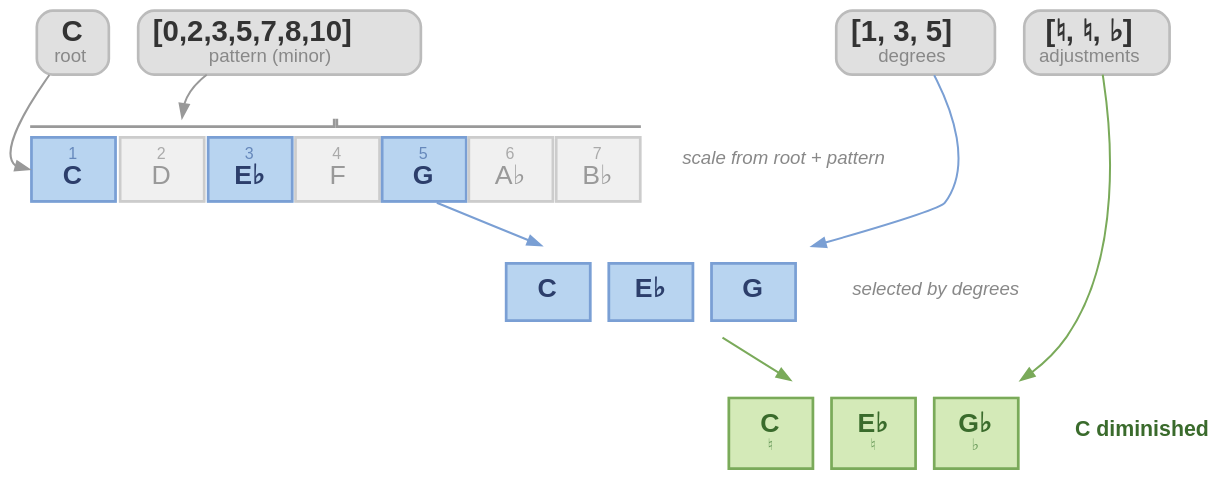
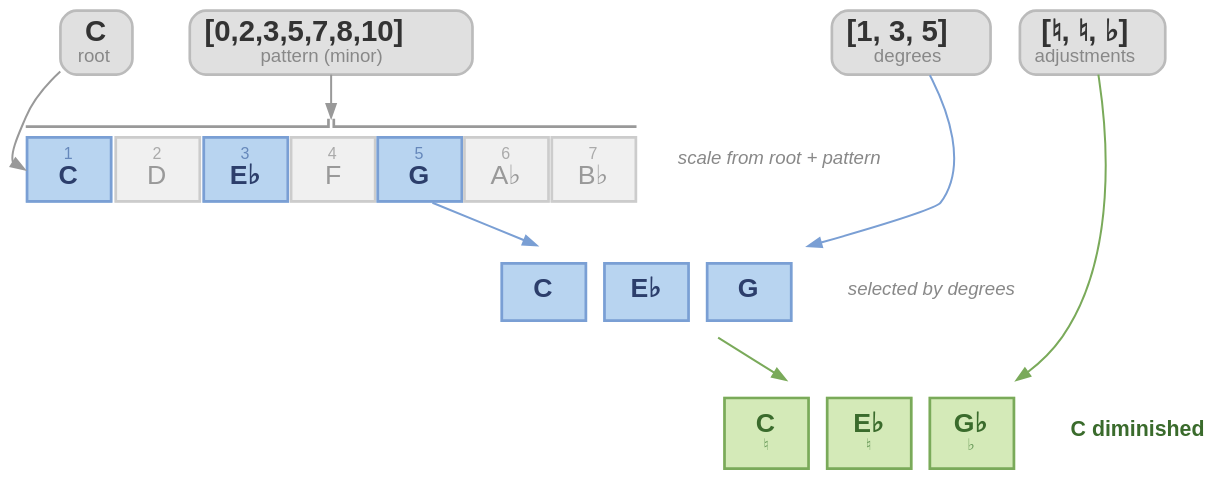
The diagram in chord_formation.dot (vasilescur/jazz-engine), drawn with Graphviz before and after one commit. The commit also changed 3 other files, not shown here.

```diff
--- a/chord_formation.dot
+++ b/chord_formation.dot
@@ -1,134 +1,135 @@
 digraph chord_formation {
     rankdir=TB
     bgcolor="transparent"
     pad=0.4
     nodesep=0.3
     ranksep=0.45
 
     node [fontname="Helvetica"]
     edge [fontname="Helvetica"]
 
     // --- Row 1: Input fields ---
     root [
         label=<<FONT POINT-SIZE="22" COLOR="#333333"><B>C</B></FONT><BR/><FONT POINT-SIZE="14" COLOR="#888888">root</FONT>>
         shape=box style="filled,rounded"
         fillcolor="#e0e0e0" color="#bbbbbb"
         penwidth=2 margin="0.15,0.08"
     ]
 
     pattern [
         label=<<FONT POINT-SIZE="22" COLOR="#333333"><B>[0,2,3,5,7,8,10]</B></FONT><BR/><FONT POINT-SIZE="14" COLOR="#888888">pattern (minor)</FONT>>
         shape=box style="filled,rounded"
         fillcolor="#e0e0e0" color="#bbbbbb"
         penwidth=2 margin="0.15,0.08"
     ]
 
     degrees [
         label=<<FONT POINT-SIZE="22" COLOR="#333333"><B>[1, 3, 5]</B></FONT><BR/><FONT POINT-SIZE="14" COLOR="#888888">degrees</FONT>>
         shape=box style="filled,rounded"
         fillcolor="#e0e0e0" color="#bbbbbb"
         penwidth=2 margin="0.15,0.08"
     ]
 
     adjustments [
         label=<<FONT POINT-SIZE="22" COLOR="#333333"><B>[♮, ♮, ♭]</B></FONT><BR/><FONT POINT-SIZE="14" COLOR="#888888">adjustments</FONT>>
         shape=box style="filled,rounded"
         fillcolor="#e0e0e0" color="#bbbbbb"
         penwidth=2 margin="0.15,0.08"
     ]
 
     // Force left-to-right ordering in top row
     { rank=same; root -> pattern -> degrees -> adjustments [style=invis]; }
 
     // --- Row 2: Generated scale with brace above ---
     scale [
         shape=none margin=0
         label=<
         <TABLE BORDER="0" CELLBORDER="0" CELLSPACING="0" CELLPADDING="0">
         <TR>
             <TD COLSPAN="7">
                 <TABLE BORDER="0" CELLBORDER="0" CELLSPACING="0" CELLPADDING="0">
                 <TR>
-                    <TD PORT="brace" WIDTH="230" HEIGHT="8" SIDES="RB" BORDER="2" COLOR="#999999"></TD>
-                    <TD WIDTH="230" HEIGHT="8" SIDES="LB" BORDER="2" COLOR="#999999"></TD>
+                    <TD WIDTH="229" HEIGHT="8" SIDES="RB" BORDER="2" COLOR="#999999"></TD>
+                    <TD PORT="brace" WIDTH="2" HEIGHT="8"></TD>
+                    <TD WIDTH="229" HEIGHT="8" SIDES="LB" BORDER="2" COLOR="#999999"></TD>
                 </TR>
                 </TABLE>
             </TD>
         </TR>
         <TR><TD COLSPAN="7" HEIGHT="6"></TD></TR>
         <TR>
             <TD PORT="c" WIDTH="65" HEIGHT="50" FIXEDSIZE="TRUE" BGCOLOR="#b8d4f0" BORDER="2" COLOR="#7a9fd4"><FONT POINT-SIZE="12" COLOR="#6688bb">1</FONT><BR/><FONT POINT-SIZE="20" COLOR="#2c3e6b"><B>C</B></FONT></TD>
             <TD WIDTH="65" HEIGHT="50" FIXEDSIZE="TRUE" BGCOLOR="#f0f0f0" BORDER="2" COLOR="#cccccc"><FONT POINT-SIZE="12" COLOR="#aaaaaa">2</FONT><BR/><FONT POINT-SIZE="20" COLOR="#999999">D</FONT></TD>
             <TD WIDTH="65" HEIGHT="50" FIXEDSIZE="TRUE" BGCOLOR="#b8d4f0" BORDER="2" COLOR="#7a9fd4"><FONT POINT-SIZE="12" COLOR="#6688bb">3</FONT><BR/><FONT POINT-SIZE="20" COLOR="#2c3e6b"><B>E♭</B></FONT></TD>
             <TD WIDTH="65" HEIGHT="50" FIXEDSIZE="TRUE" BGCOLOR="#f0f0f0" BORDER="2" COLOR="#cccccc"><FONT POINT-SIZE="12" COLOR="#aaaaaa">4</FONT><BR/><FONT POINT-SIZE="20" COLOR="#999999">F</FONT></TD>
             <TD WIDTH="65" HEIGHT="50" FIXEDSIZE="TRUE" BGCOLOR="#b8d4f0" BORDER="2" COLOR="#7a9fd4"><FONT POINT-SIZE="12" COLOR="#6688bb">5</FONT><BR/><FONT POINT-SIZE="20" COLOR="#2c3e6b"><B>G</B></FONT></TD>
             <TD WIDTH="65" HEIGHT="50" FIXEDSIZE="TRUE" BGCOLOR="#f0f0f0" BORDER="2" COLOR="#cccccc"><FONT POINT-SIZE="12" COLOR="#aaaaaa">6</FONT><BR/><FONT POINT-SIZE="20" COLOR="#999999">A♭</FONT></TD>
             <TD WIDTH="65" HEIGHT="50" FIXEDSIZE="TRUE" BGCOLOR="#f0f0f0" BORDER="2" COLOR="#cccccc"><FONT POINT-SIZE="12" COLOR="#aaaaaa">7</FONT><BR/><FONT POINT-SIZE="20" COLOR="#999999">B♭</FONT></TD>
         </TR>
         </TABLE>
         >
     ]
 
     scale_label [
         label=<<FONT POINT-SIZE="14" COLOR="#888888"><I>scale from root + pattern</I></FONT>>
         shape=plaintext
     ]
 
     // --- Row 3: Selected notes before adjustment ---
     selected [
         shape=none margin=0
         label=<
         <TABLE BORDER="0" CELLBORDER="2" CELLSPACING="12" CELLPADDING="8">
         <TR>
             <TD WIDTH="65" HEIGHT="45" FIXEDSIZE="TRUE" BGCOLOR="#b8d4f0" COLOR="#7a9fd4"><FONT POINT-SIZE="20" COLOR="#2c3e6b"><B>C</B></FONT></TD>
             <TD WIDTH="65" HEIGHT="45" FIXEDSIZE="TRUE" BGCOLOR="#b8d4f0" COLOR="#7a9fd4"><FONT POINT-SIZE="20" COLOR="#2c3e6b"><B>E♭</B></FONT></TD>
             <TD WIDTH="65" HEIGHT="45" FIXEDSIZE="TRUE" BGCOLOR="#b8d4f0" COLOR="#7a9fd4"><FONT POINT-SIZE="20" COLOR="#2c3e6b"><B>G</B></FONT></TD>
         </TR>
         </TABLE>
         >
     ]
 
     selected_label [
         label=<<FONT POINT-SIZE="14" COLOR="#888888"><I>selected by degrees</I></FONT>>
         shape=plaintext
     ]
 
     // --- Row 4: Final chord notes ---
     result [
         shape=none margin=0
         label=<
         <TABLE BORDER="0" CELLBORDER="2" CELLSPACING="12" CELLPADDING="8" STYLE="rounded">
         <TR>
             <TD WIDTH="65" HEIGHT="55" FIXEDSIZE="TRUE" BGCOLOR="#d4eab8" COLOR="#7aaa5a"><FONT POINT-SIZE="20" COLOR="#3a6b2c"><B>C</B></FONT><BR/><FONT POINT-SIZE="12" COLOR="#6a9b5a">♮</FONT></TD>
             <TD WIDTH="65" HEIGHT="55" FIXEDSIZE="TRUE" BGCOLOR="#d4eab8" COLOR="#7aaa5a"><FONT POINT-SIZE="20" COLOR="#3a6b2c"><B>E♭</B></FONT><BR/><FONT POINT-SIZE="12" COLOR="#6a9b5a">♮</FONT></TD>
             <TD WIDTH="65" HEIGHT="55" FIXEDSIZE="TRUE" BGCOLOR="#d4eab8" COLOR="#7aaa5a"><FONT POINT-SIZE="20" COLOR="#3a6b2c"><B>G♭</B></FONT><BR/><FONT POINT-SIZE="12" COLOR="#6a9b5a">♭</FONT></TD>
         </TR>
         </TABLE>
         >
     ]
 
     result_label [
         label=<<FONT POINT-SIZE="16" COLOR="#3a6b2c"><B>C diminished</B></FONT>>
         shape=plaintext
     ]
 
     // --- Edges ---
     root -> scale:c [color="#999999" penwidth=1.5]
     pattern -> scale:brace [color="#999999" penwidth=1.5]
 
     degrees -> selected [color="#7a9fd4" penwidth=1.5]
     scale -> selected [color="#7a9fd4" penwidth=1.5]
 
     adjustments -> result [color="#7aaa5a" penwidth=1.5]
     selected -> result [color="#7aaa5a" penwidth=1.5]
 
     // --- Labels positioned beside their rows ---
     { rank=same; scale; scale_label; }
     { rank=same; selected; selected_label; }
     { rank=same; result; result_label; }
 
     // Invisible edges for label positioning
     scale -> scale_label [style=invis]
     selected -> selected_label [style=invis]
     result -> result_label [style=invis]
 }
```
